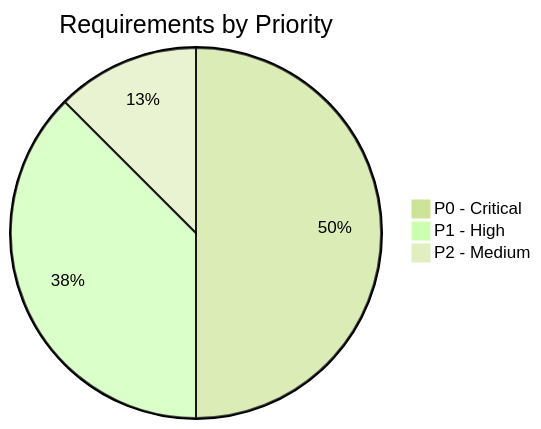
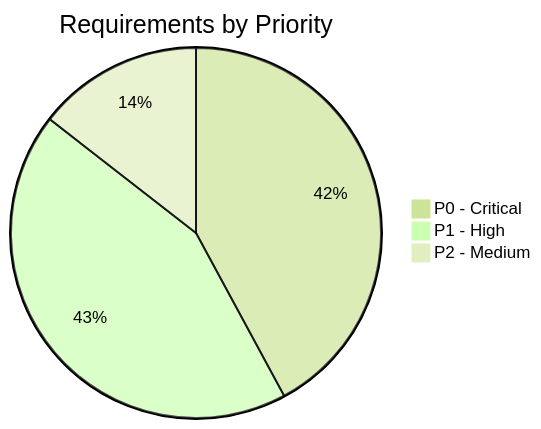
Before and after one commit to exatfrds67/umamusume-career-planner: the third of 8 diagrams in docs/00-core-docs/002_BRS_Business_Requirements_Specifications.md, drawn with Mermaid (forest theme). The commit also changed other lines of this file and 111 other files, not shown here.

````diff
--- a/docs/00-core-docs/002_BRS_Business_Requirements_Specifications.md
+++ b/docs/00-core-docs/002_BRS_Business_Requirements_Specifications.md
@@ -352,6 +375,6 @@
 ```mermaid
 pie title Requirements by Priority
     "P0 - Critical" : 32
-    "P1 - High" : 24
-    "P2 - Medium" : 8
+    "P1 - High" : 33
+    "P2 - Medium" : 11
 ```
````
